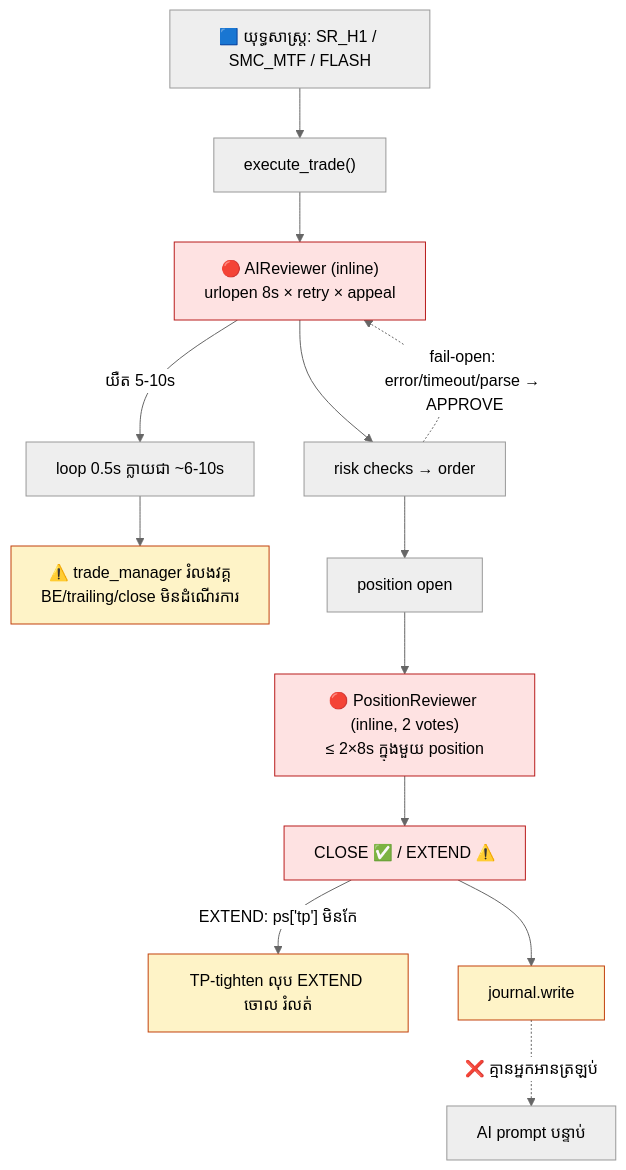
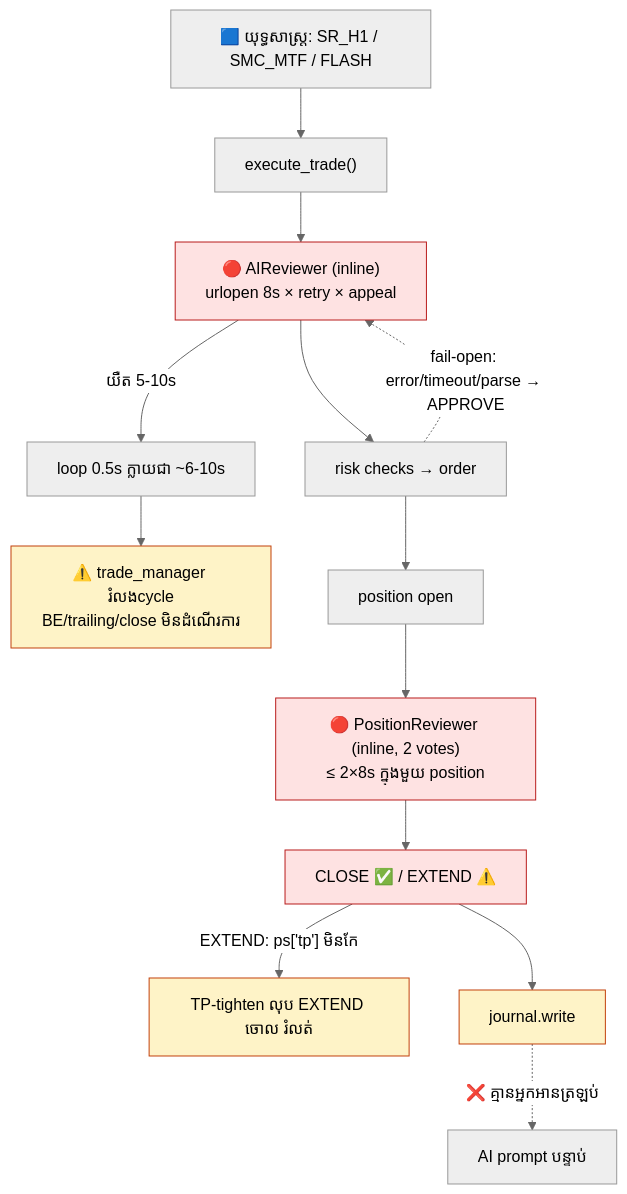
Before and after one commit to mateho-369/bot-trade: the first of 3 diagrams in docs/FLOW_AI_BOT.md, drawn with Mermaid (neutral theme). The commit also changed other lines of this file and 11 other files, not shown here.

````diff
--- a/docs/FLOW_AI_BOT.md
+++ b/docs/FLOW_AI_BOT.md
@@ -33,21 +33,21 @@
 ```mermaid
 flowchart TD
     S["🟦 យុទ្ធសាស្ត្រ: SR_H1 / SMC_MTF / FLASH"] --> E["execute_trade()"]
     E --> A["🔴 AIReviewer (inline)<br/>urlopen 8s × retry × appeal"]
     A -->|យឺត 5-10s| T0["loop 0.5s ក្លាយជា ~6-10s"]
-    T0 --> X["⚠️ trade_manager រំលងវគ្គ<br/>BE/trailing/close មិនដំណើរការ"]
+    T0 --> X["⚠️ trade_manager រំលងcycle<br/>BE/trailing/close មិនដំណើរការ"]
     A --> R["risk checks → order"]
     R --> P["position open"]
     P --> PR["🔴 PositionReviewer (inline, 2 votes)<br/>≤ 2×8s ក្នុងមួយ position"]
     PR --> AC["CLOSE ✅ / EXTEND ⚠️"]
     AC -->|"EXTEND: ps['tp'] មិនកែ"| RT["TP-tighten លុប EXTEND ចោល រំលត់"]
     R -.->|"fail-open: error/timeout/parse → APPROVE"| A
     AC --> J["journal.write"]
     J -.->|"❌ គ្មានអ្នកអានត្រឡប់"| G["AI prompt បន្ទាប់"]
     style A fill:#fee2e2,stroke:#b91c1c
     style PR fill:#fee2e2,stroke:#b91c1c
     style AC fill:#fee2e2,stroke:#b91c1c
     style X fill:#fef3c7,stroke:#c2410c
     style RT fill:#fef3c7,stroke:#c2410c
     style J fill:#fef3c7,stroke:#c2410c
 ```
````
